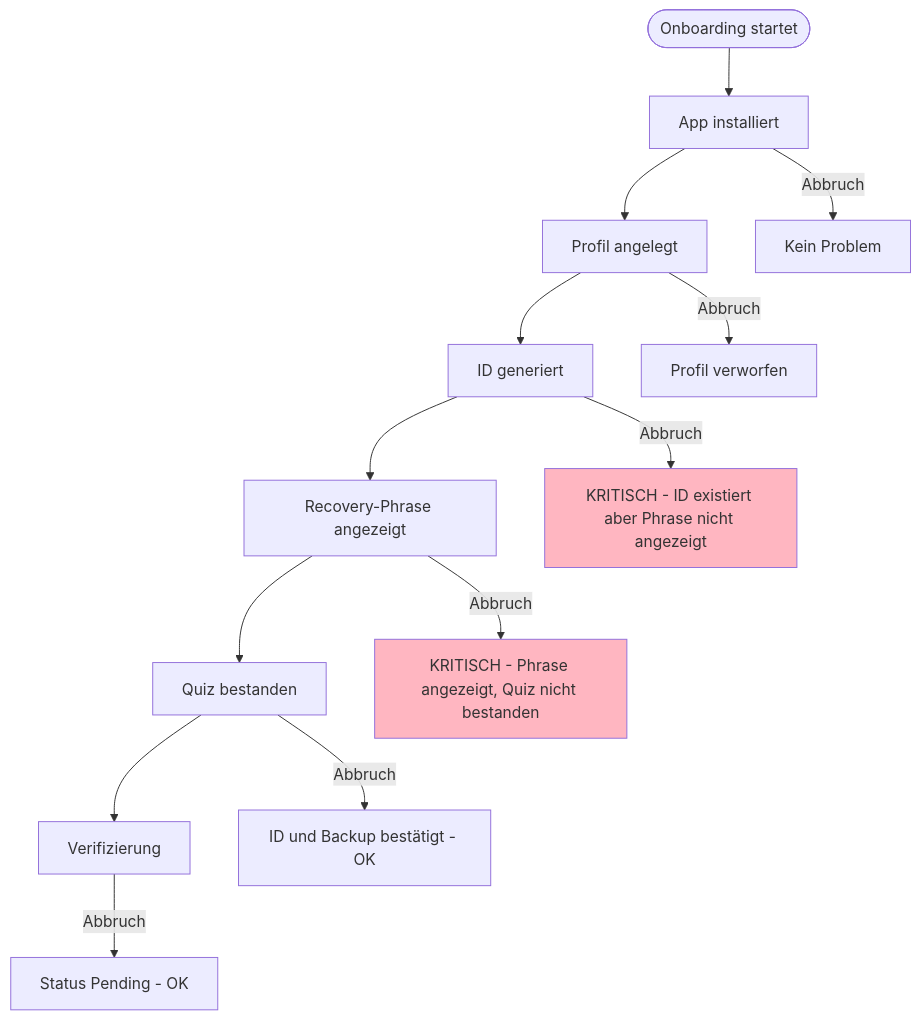
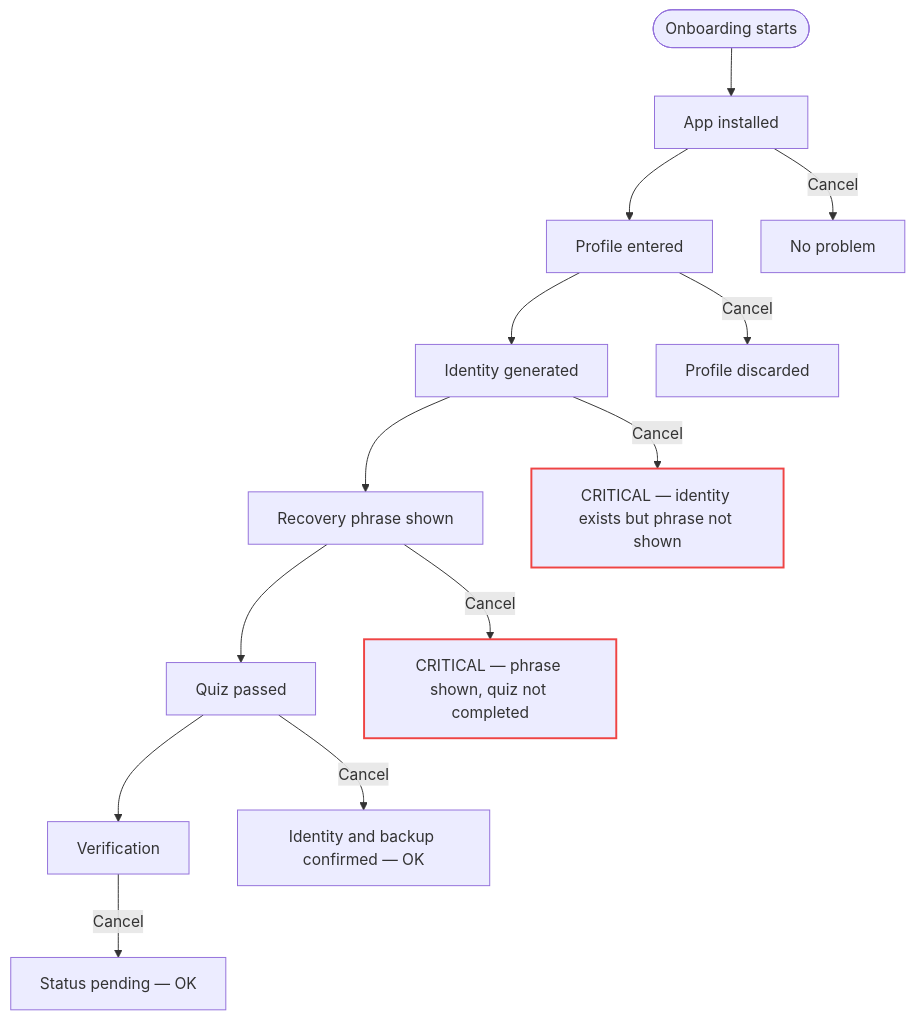
The sixth of 6 diagrams in docs/flows/01-onboarding-user.md (IT4Change/web-of-trust), drawn with Mermaid before and after one commit. The commit also changed other lines of this file and 6 other files, not shown here.

````diff
--- a/docs/flows/01-onboarding-user.md
+++ b/docs/flows/01-onboarding-user.md
@@ -405,22 +405,22 @@
 ```mermaid
 flowchart TD
-    Start(["Onboarding startet"]) --> Step1["App installiert"]
-    Step1 --> Step2["Profil angelegt"]
-    Step2 --> Step3["ID generiert"]
-    Step3 --> Step4["Recovery-Phrase angezeigt"]
-    Step4 --> Step5["Quiz bestanden"]
-    Step5 --> Step6["Verifizierung"]
-    
-    Step1 -->|Abbruch| Cancel1["Kein Problem"]
-    Step2 -->|Abbruch| Cancel2["Profil verworfen"]
-    
-    Step3 -->|Abbruch| Cancel3["KRITISCH - ID existiert aber Phrase nicht angezeigt"]
-    
-    Step4 -->|Abbruch| Cancel4["KRITISCH - Phrase angezeigt, Quiz nicht bestanden"]
-    
-    Step5 -->|Abbruch| Cancel5["ID und Backup bestätigt - OK"]
-    Step6 -->|Abbruch| Cancel6["Status Pending - OK"]
-    
-    style Cancel3 fill:#FFB6C1
-    style Cancel4 fill:#FFB6C1
+    Start(["Onboarding starts"]) --> Step1["App installed"]
+    Step1 --> Step2["Profile entered"]
+    Step2 --> Step3["Identity generated"]
+    Step3 --> Step4["Recovery phrase shown"]
+    Step4 --> Step5["Quiz passed"]
+    Step5 --> Step6["Verification"]
+
+    Step1 -->|Cancel| Cancel1["No problem"]
+    Step2 -->|Cancel| Cancel2["Profile discarded"]
+
+    Step3 -->|Cancel| Cancel3["CRITICAL — identity exists but phrase not shown"]
+
+    Step4 -->|Cancel| Cancel4["CRITICAL — phrase shown, quiz not completed"]
+
+    Step5 -->|Cancel| Cancel5["Identity and backup confirmed — OK"]
+    Step6 -->|Cancel| Cancel6["Status pending — OK"]
+
+    style Cancel3 stroke:#ef4444,stroke-width:2px
+    style Cancel4 stroke:#ef4444,stroke-width:2px
 ```
````
